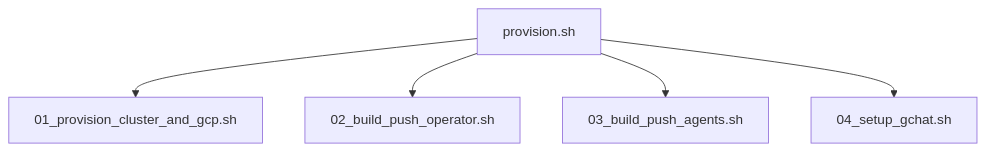
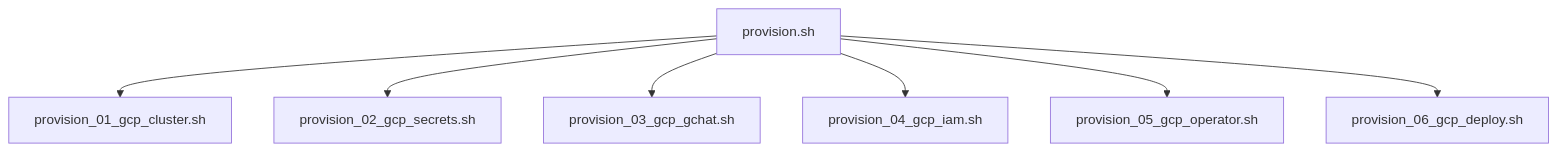
One commit to gke-agentic/kube-agents changed the first of 2 diagrams in k8s-operator/README.md. Above: the diagram before and after it, drawn with Mermaid. The commit also changed other lines of this file and 2 other files, not shown here.

````diff
--- a/k8s-operator/README.md
+++ b/k8s-operator/README.md
@@ -47,7 +47,9 @@
 ```mermaid
 graph TD
-    A[provision.sh] --> B[01_provision_cluster_and_gcp.sh]
-    A --> C[02_build_push_operator.sh]
-    A --> D[03_build_push_agents.sh]
-    A --> E[04_setup_gchat.sh]
+    A[provision.sh] --> B[provision_01_gcp_cluster.sh]
+    A --> C[provision_02_gcp_secrets.sh]
+    A --> D[provision_03_gcp_gchat.sh]
+    A --> E[provision_04_gcp_iam.sh]
+    A --> F[provision_05_gcp_operator.sh]
+    A --> G[provision_06_gcp_deploy.sh]
 ```
````
